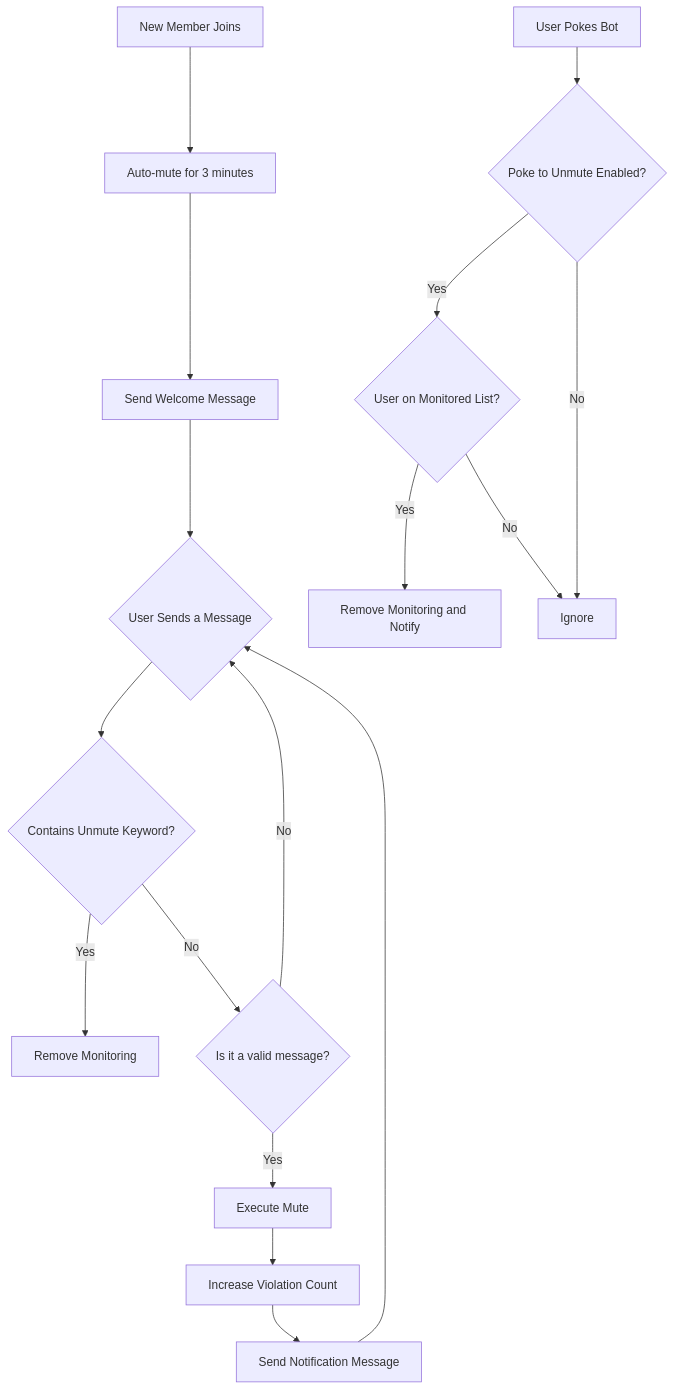
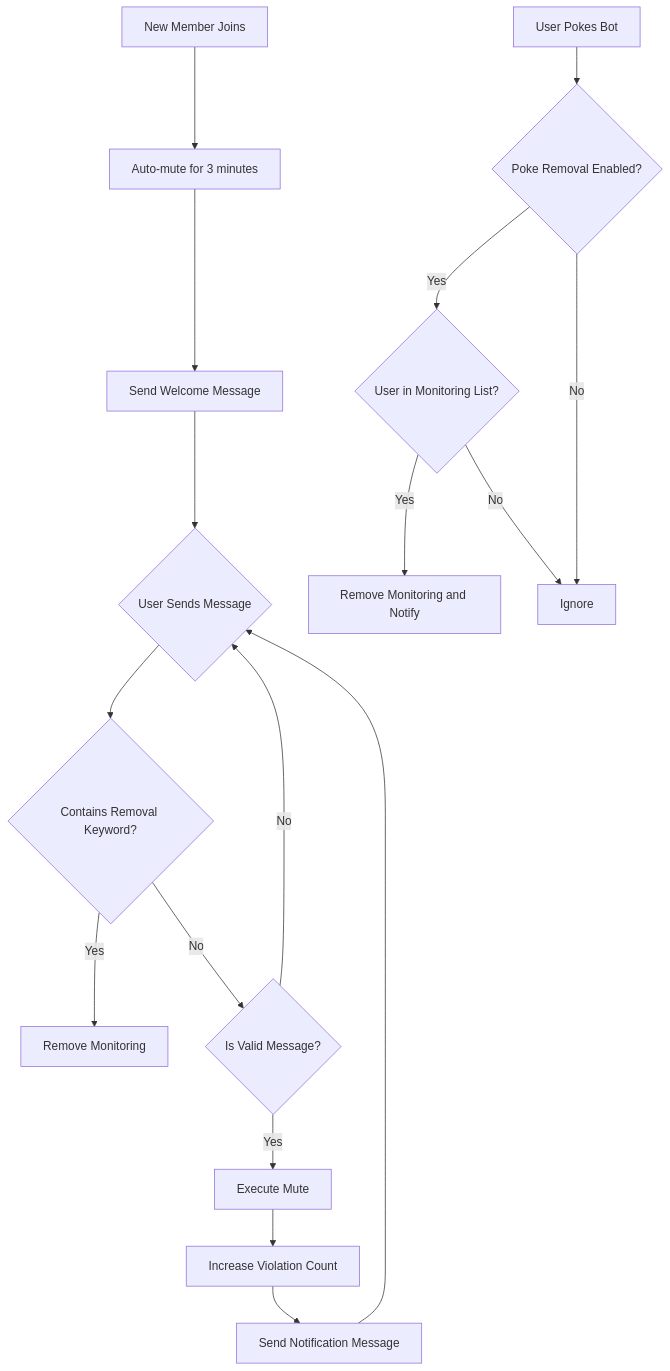
Before and after one commit to WishUponASnowflake/astrbot_plugin_auto_ban_new: the diagram in README_en.md, drawn with Mermaid. The commit also changed other lines of this file, not shown here.

````diff
--- a/README_en.md
+++ b/README_en.md
@@ -146,20 +152,20 @@
 ```mermaid
 graph TD
     A[New Member Joins] --> B[Auto-mute for 3 minutes]
     B --> C[Send Welcome Message]
-    C --> D{User Sends a Message}
-    D --> E{Contains Unmute Keyword?}
+    C --> D{User Sends Message}
+    D --> E{Contains Removal Keyword?}
     E -->|Yes| F[Remove Monitoring]
-    E -->|No| G{Is it a valid message?}
+    E -->|No| G{Is Valid Message?}
     G -->|No| D
     G -->|Yes| H[Execute Mute]
     H --> I[Increase Violation Count]
     I --> J[Send Notification Message]
     J --> D
     
-    K[User Pokes Bot] --> L{Poke to Unmute Enabled?}
-    L -->|Yes| M{User on Monitored List?}
+    K[User Pokes Bot] --> L{Poke Removal Enabled?}
+    L -->|Yes| M{User in Monitoring List?}
     M -->|Yes| N[Remove Monitoring and Notify]
     M -->|No| O[Ignore]
     L -->|No| O
 ```
````
